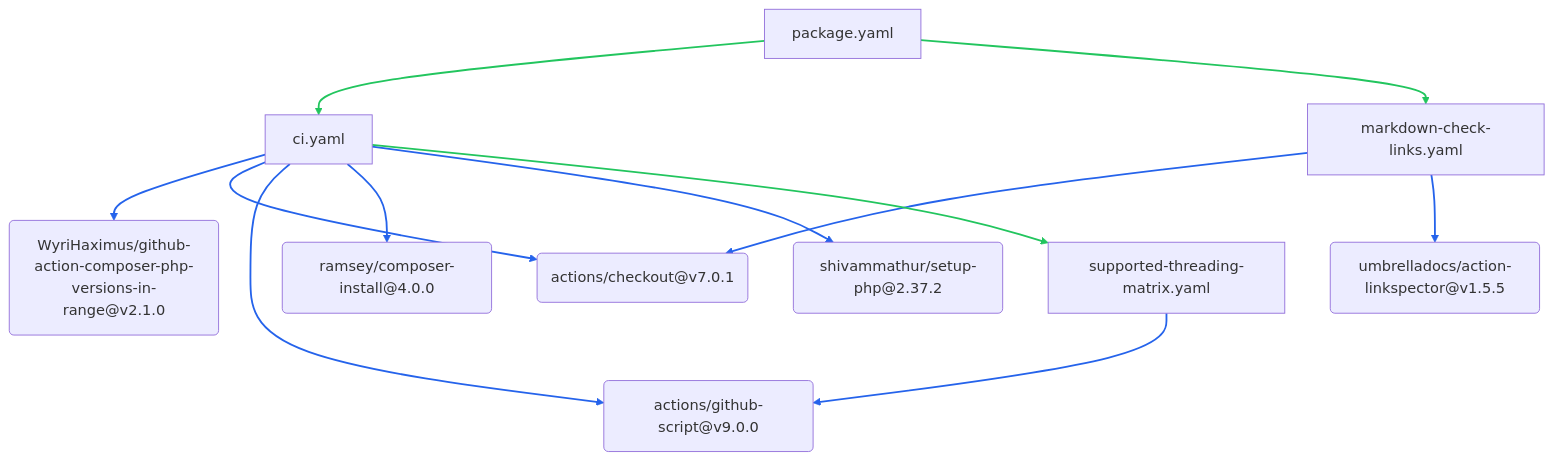
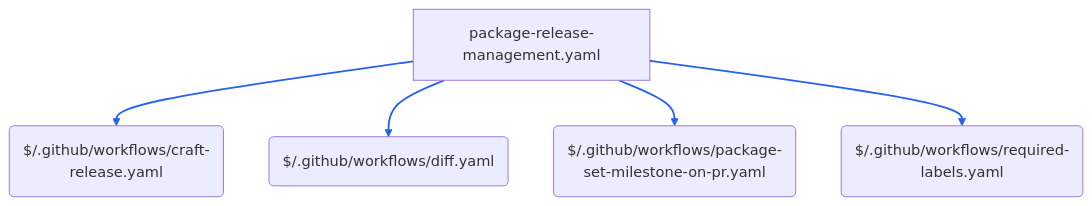
Before and after one commit to WyriHaximus/github-workflows: the second of 6 diagrams in README.md, drawn with Mermaid. The commit also changed other lines of this file and 3 other files, not shown here.

````diff
--- a/README.md
+++ b/README.md
@@ -317,26 +376,9 @@
 ```mermaid
 flowchart TB
-  package_ci["ci.yaml"] --> package_a0("WyriHaximus/github-action-composer-php-versions-in-range@v2.1.0")
-  package_ci["ci.yaml"] --> package_a1("actions/checkout@v7.0.1")
-  package_ci["ci.yaml"] --> package_a2("actions/github-script@v9.0.0")
-  package_ci["ci.yaml"] --> package_a3("ramsey/composer-install@4.0.0")
-  package_ci["ci.yaml"] --> package_a4("shivammathur/setup-php@2.37.2")
-  package_markdown_check_links["markdown-check-links.yaml"] --> package_a1("actions/checkout@v7.0.1")
-  package_markdown_check_links["markdown-check-links.yaml"] --> package_a5("umbrelladocs/action-linkspector@v1.5.5")
-  package_supported_threading_matrix["supported-threading-matrix.yaml"] --> package_a2("actions/github-script@v9.0.0")
-  package_ci["ci.yaml"] --> package_supported_threading_matrix["supported-threading-matrix.yaml"]
-  package_package["package.yaml"] --> package_ci["ci.yaml"]
-  package_package["package.yaml"] --> package_markdown_check_links["markdown-check-links.yaml"]
-  linkStyle 8,9,10 stroke:#22c55e,stroke-width:2px
-  linkStyle 0,1,2,3,4,5,6,7 stroke:#2563eb,stroke-width:2px
-  click package_a0 "https://github.com/WyriHaximus/github-action-composer-php-versions-in-range/releases/tag/v2.1.0" _blank
-  click package_a1 "https://github.com/actions/checkout/releases/tag/v7.0.1" _blank
-  click package_a2 "https://github.com/actions/github-script/releases/tag/v9.0.0" _blank
-  click package_a3 "https://github.com/ramsey/composer-install/releases/tag/4.0.0" _blank
-  click package_a4 "https://github.com/shivammathur/setup-php/releases/tag/2.37.2" _blank
-  click package_a5 "https://github.com/umbrelladocs/action-linkspector/releases/tag/v1.5.5" _blank
-  click package_ci "https://github.com/WyriHaximus/github-workflows/blob/main/.github/workflows/ci.yaml" _blank
-  click package_markdown_check_links "https://github.com/WyriHaximus/github-workflows/blob/main/.github/workflows/markdown-check-links.yaml" _blank
-  click package_package "https://github.com/WyriHaximus/github-workflows/blob/main/.github/workflows/package.yaml" _blank
-  click package_supported_threading_matrix "https://github.com/WyriHaximus/github-workflows/blob/main/.github/workflows/supported-threading-matrix.yaml" _blank
+  package_release_management_package_release_management["package-release-management.yaml"] --> package_release_management_a0("$/.github/workflows/craft-release.yaml")
+  package_release_management_package_release_management["package-release-management.yaml"] --> package_release_management_a1("$/.github/workflows/diff.yaml")
+  package_release_management_package_release_management["package-release-management.yaml"] --> package_release_management_a2("$/.github/workflows/package-set-milestone-on-pr.yaml")
+  package_release_management_package_release_management["package-release-management.yaml"] --> package_release_management_a3("$/.github/workflows/required-labels.yaml")
+  linkStyle 0,1,2,3 stroke:#2563eb,stroke-width:2px
+  click package_release_management_package_release_management "https://github.com/WyriHaximus/github-workflows/blob/main/.github/workflows/package-release-management.yaml" _blank
 ```
````
